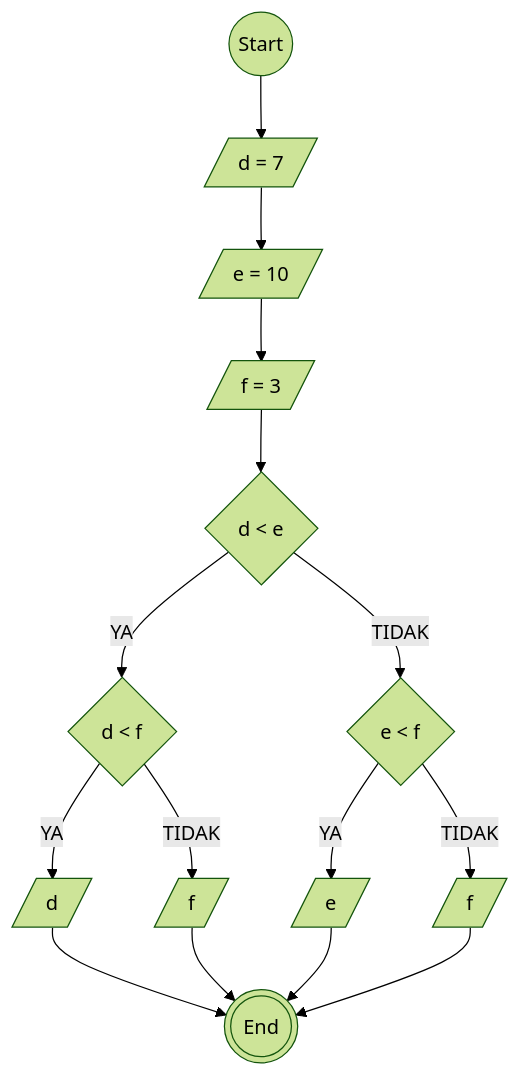
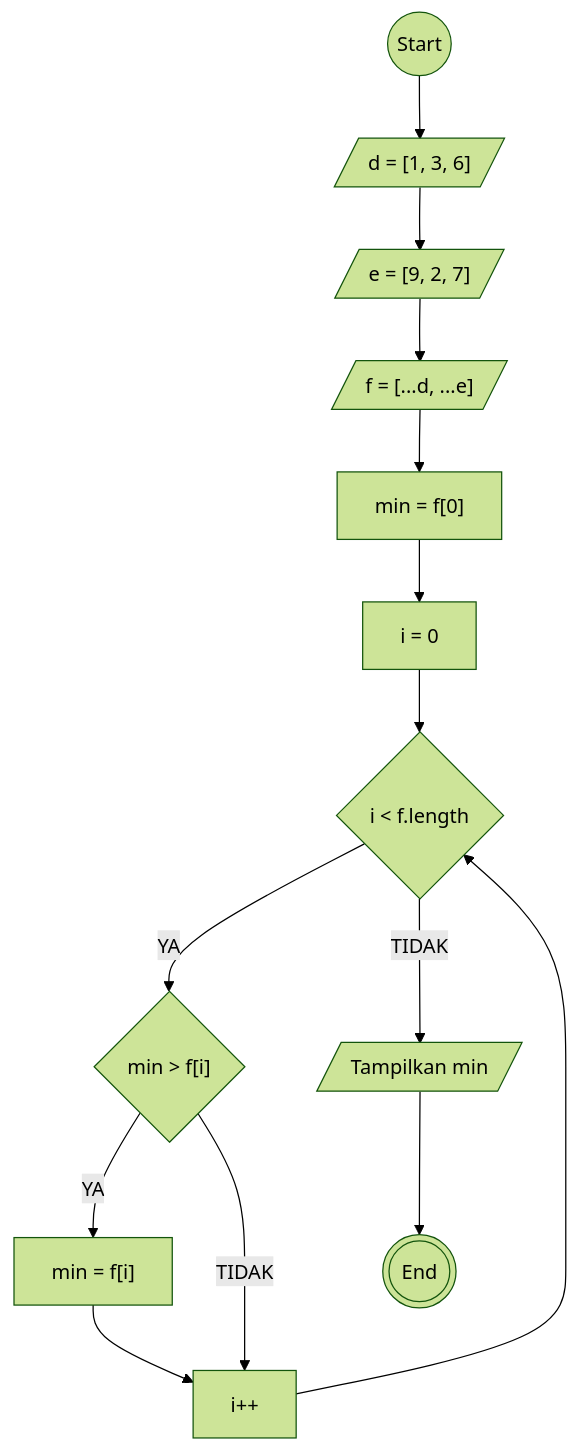
The second of 3 diagrams in koda-b1-javascript2-minitask1.md (rizallk/koda-b1-javascript2), drawn with Mermaid (forest theme) before and after one commit. The commit also changed other lines of this file and 1 other file, not shown here.

````diff
--- a/koda-b1-javascript2-minitask1.md
+++ b/koda-b1-javascript2-minitask1.md
@@ -34,28 +30,24 @@
 ```mermaid
 flowchart TD
   start((Start))
-  d[/d = 7/]
-  e[/e = 10/]
-  f[/f = 3/]
-  if1{d < e}
-  if2{d < f}
-  out1[/d/]
-  out2[/f/]
-  if3{e < f}
-  out3[/e/]
-  out4[/f/]
+  d[/"d = [1, 3, 6]"/]
+  e[/"e = [9, 2, 7]"/]
+  f[/"f = [...d, ...e]"/]
+  minInit["min = f[0]"]
+  init[i = 0]
+  for{i < f.length}
+  if{"min > f[i]"}
+  min["min = f[i]"]
+  inc[i++]
+  out[/Tampilkan min/]
   finish(((End)))
 
-  start --> d --> e --> f --> if1
-  if1 -- YA --> if2
-  if1 -- TIDAK --> if3
-  if2 -- YA --> out1
-  if2 -- TIDAK --> out2 
-  if3 -- YA --> out3
-  if3 -- TIDAK --> out4 
+  start --> d --> e --> f --> minInit --> init --> for -- YA --> if
+  for -- TIDAK --> out
+  if -- YA --> min
+  if -- TIDAK --> inc
+  min --> inc
+  inc --> for
 
-  out1 --> finish
-  out2 --> finish
-  out3 --> finish
-  out4 --> finish
+  out --> finish
 ```
````
